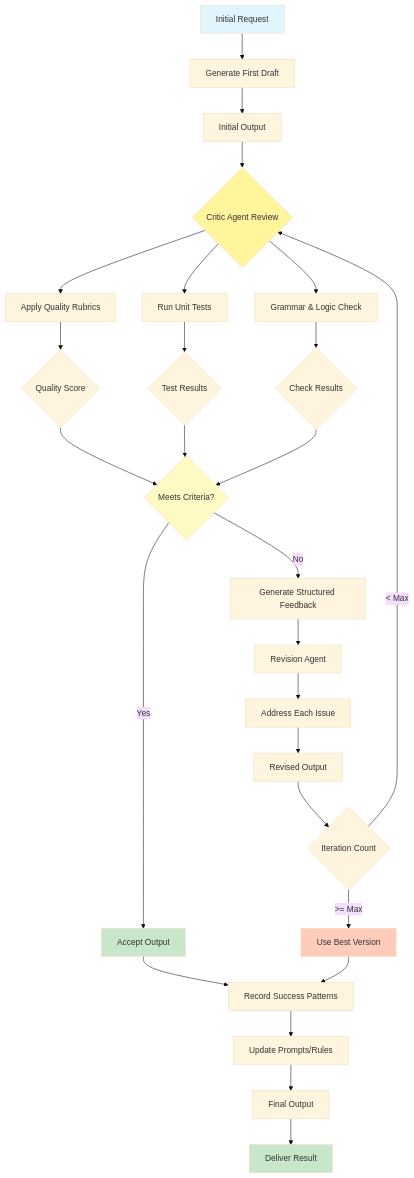
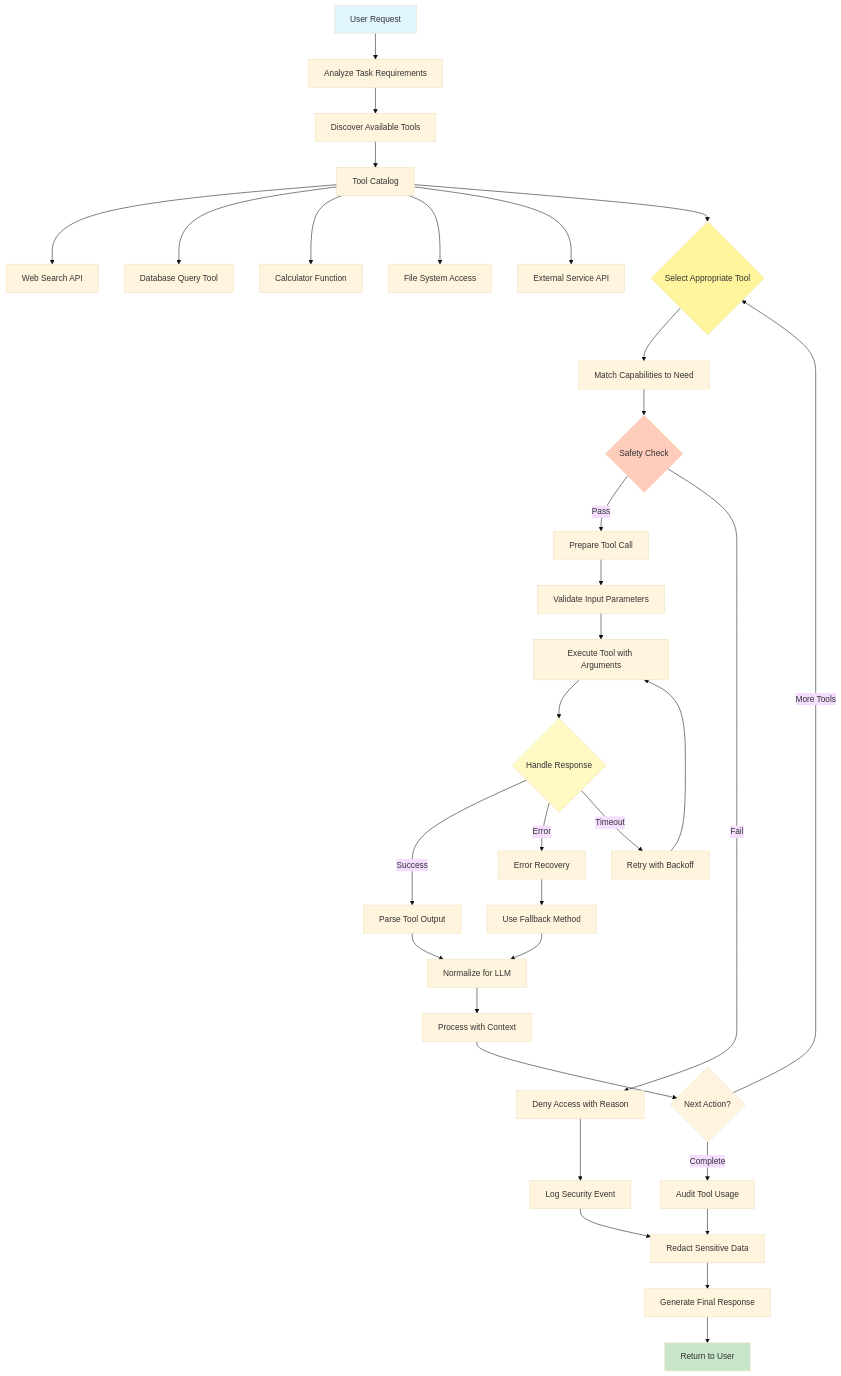
The diagram in diagram.mmd (Adrian-patrick/agentic-ai-design-patterns), drawn with Mermaid (base theme) before and after one commit. The commit also changed 10 other files, not shown here.

```diff
--- a/diagram.mmd
+++ b/diagram.mmd
@@ -1,42 +1,51 @@
 graph TD
-    Start[Initial Request] --> Generate[Generate First Draft]
-    Generate --> Output1[Initial Output]
+    Start[User Request] --> Analyze[Analyze Task Requirements]
+    Analyze --> Discover[Discover Available Tools]
     
-    Output1 --> Critic{Critic Agent Review}
+    Discover --> Catalog[Tool Catalog]
+    Catalog --> API1[Web Search API]
+    Catalog --> API2[Database Query Tool]
+    Catalog --> API3[Calculator Function]
+    Catalog --> API4[File System Access]
+    Catalog --> API5[External Service API]
     
-    Critic --> Rubric[Apply Quality Rubrics]
-    Critic --> Tests[Run Unit Tests]
-    Critic --> Check[Grammar & Logic Check]
+    Catalog --> Select{Select Appropriate Tool}
     
-    Rubric --> Score1{Quality Score}
-    Tests --> Score2{Test Results}
-    Check --> Score3{Check Results}
+    Select --> Match[Match Capabilities to Need]
+    Match --> Safety{Safety Check}
     
-    Score1 --> Evaluate{Meets Criteria?}
-    Score2 --> Evaluate
-    Score3 --> Evaluate
+    Safety -->|Pass| Prepare[Prepare Tool Call]
+    Safety -->|Fail| Deny[Deny Access with Reason]
     
-    Evaluate -->|No| Feedback[Generate Structured Feedback]
-    Evaluate -->|Yes| Accept[Accept Output]
+    Prepare --> Validate[Validate Input Parameters]
+    Validate --> Call[Execute Tool with Arguments]
     
-    Feedback --> Revise[Revision Agent]
-    Revise --> Address[Address Each Issue]
-    Address --> Output2[Revised Output]
+    Call --> Handle{Handle Response}
+    Handle -->|Success| Parse[Parse Tool Output]
+    Handle -->|Error| ErrorHandle[Error Recovery]
+    Handle -->|Timeout| Retry[Retry with Backoff]
     
-    Output2 --> Counter{Iteration Count}
-    Counter -->|< Max| Critic
-    Counter -->|>= Max| Converge[Use Best Version]
+    ErrorHandle --> Fallback[Use Fallback Method]
+    Retry --> Call
     
-    Accept --> Record[Record Success Patterns]
-    Converge --> Record
+    Parse --> Normalize[Normalize for LLM]
+    Fallback --> Normalize
     
-    Record --> Learn[Update Prompts/Rules]
-    Learn --> Final[Final Output]
-    Final --> End[Deliver Result]
+    Normalize --> Process[Process with Context]
+    Process --> Decision{Next Action?}
+    
+    Decision -->|More Tools| Select
+    Decision -->|Complete| Audit[Audit Tool Usage]
+    
+    Deny --> Log[Log Security Event]
+    Audit --> Redact[Redact Sensitive Data]
+    Log --> Redact
+    
+    Redact --> Result[Generate Final Response]
+    Result --> End[Return to User]
 
     style Start fill:#e1f5fe
-    style Critic fill:#fff59d
-    style Evaluate fill:#fff9c4
-    style Accept fill:#c8e6c9
-    style Converge fill:#ffccbc
+    style Select fill:#fff59d
+    style Safety fill:#ffccbc
+    style Handle fill:#fff9c4
     style End fill:#c8e6c9
```
